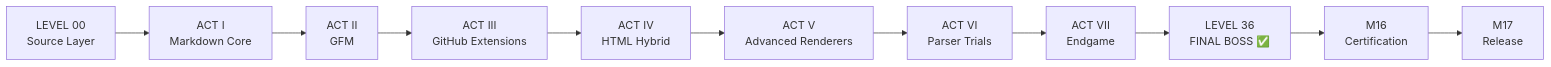
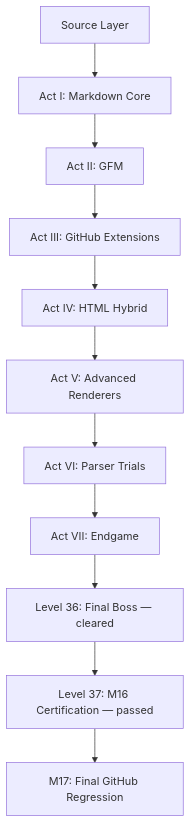
The first of 5 diagrams in README.md (thiepn/markdown), drawn with Mermaid before and after one commit. The commit also changed other lines of this file, not shown here.

````diff
--- a/README.md
+++ b/README.md
@@ -134,13 +113,13 @@
 ```mermaid
-flowchart LR
-    S[LEVEL 00<br/>Source Layer] --> A1[ACT I<br/>Markdown Core]
-    A1 --> A2[ACT II<br/>GFM]
-    A2 --> A3[ACT III<br/>GitHub Extensions]
-    A3 --> A4[ACT IV<br/>HTML Hybrid]
-    A4 --> A5[ACT V<br/>Advanced Renderers]
-    A5 --> A6[ACT VI<br/>Parser Trials]
-    A6 --> A7[ACT VII<br/>Endgame]
-    A7 --> B[LEVEL 36<br/>FINAL BOSS ✅]
-    B --> C[M16<br/>Certification]
-    C --> R[M17<br/>Release]
+flowchart TB
+    S[Source Layer] --> A1[Act I: Markdown Core]
+    A1 --> A2[Act II: GFM]
+    A2 --> A3[Act III: GitHub Extensions]
+    A3 --> A4[Act IV: HTML Hybrid]
+    A4 --> A5[Act V: Advanced Renderers]
+    A5 --> A6[Act VI: Parser Trials]
+    A6 --> A7[Act VII: Endgame]
+    A7 --> B[Level 36: Final Boss — cleared]
+    B --> C[Level 37: M16 Certification — passed]
+    C --> R[M17: Final GitHub Regression]
 ```
````
